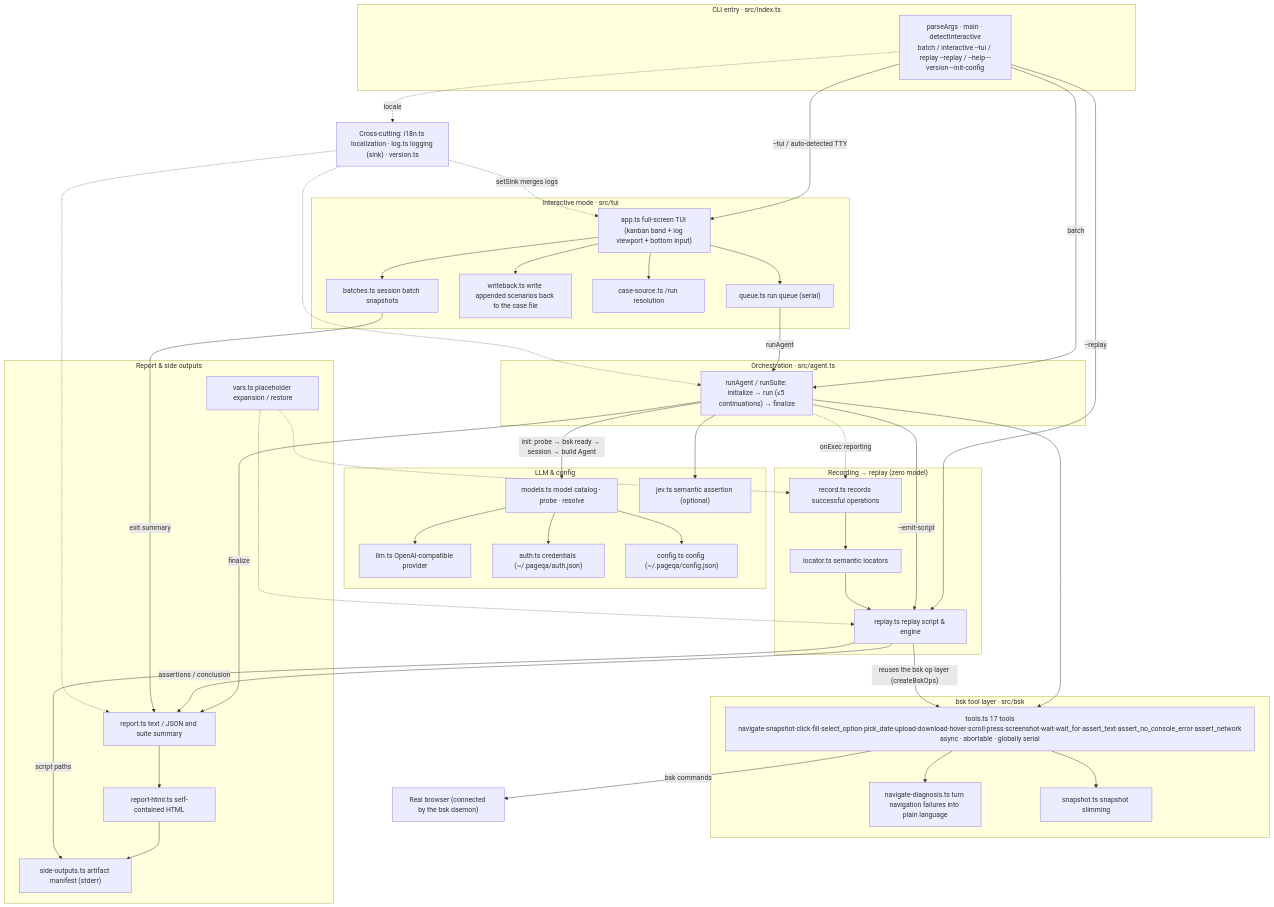
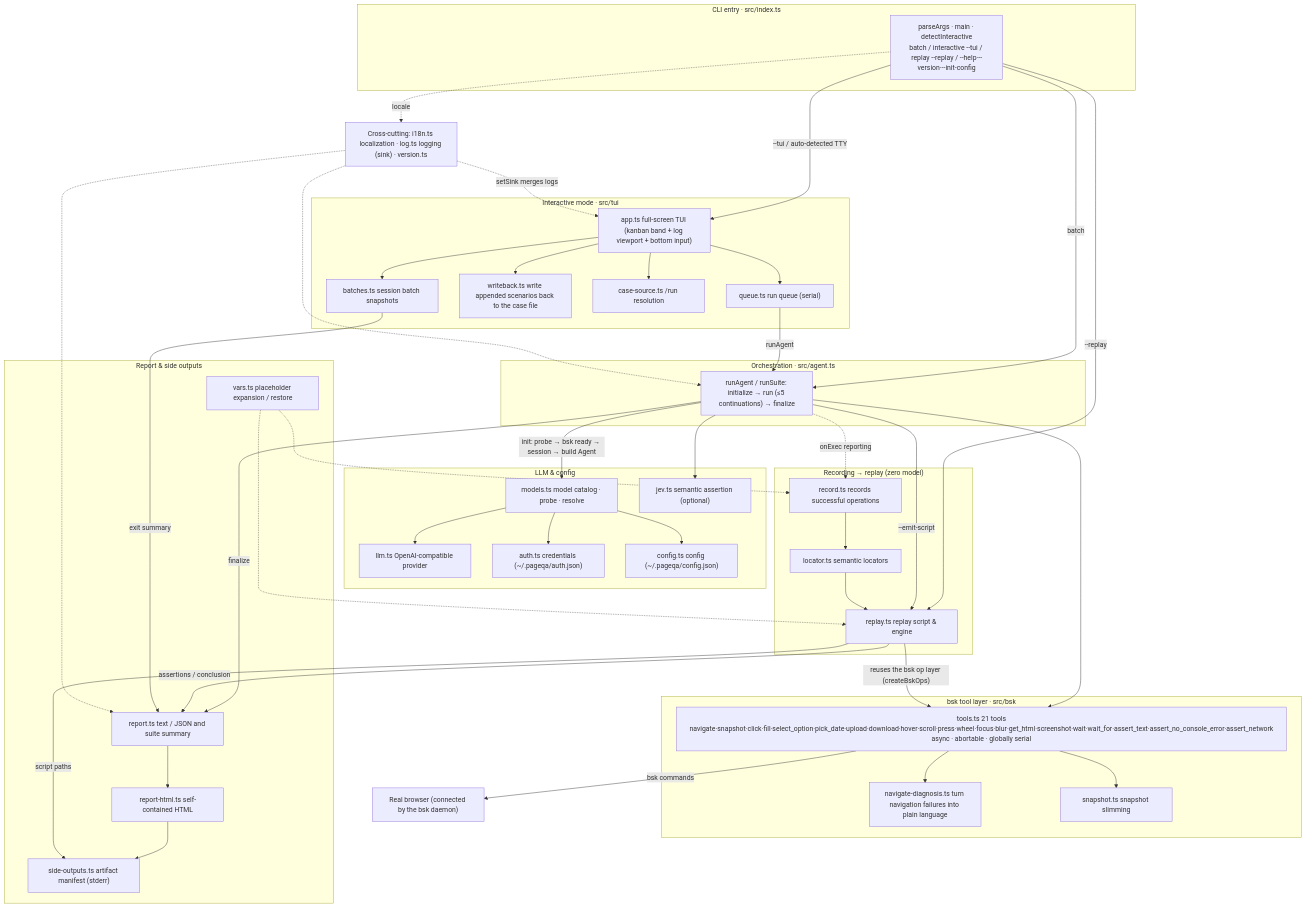
Before and after one commit to klren0312/pageqa: the diagram in README.md, drawn with Mermaid. The commit also changed other lines of this file and 11 other files, not shown here.

First line of the commit message:
feat(bsk): wheel / focus / blur / get_html 与 IPC 快路径扩展

```diff
--- a/README.md
+++ b/README.md
@@ -257,7 +257,7 @@
   end
 
   subgraph BSK["bsk tool layer · src/bsk"]
-    TOOLS["tools.ts 17 tools<br/>navigate·snapshot·click·fill·select_option·pick_date·upload·download·hover·scroll·press·screenshot·wait·wait_for·assert_text·assert_no_console_error·assert_network<br/>async · abortable · globally serial"]
+    TOOLS["tools.ts 21 tools<br/>navigate·snapshot·click·fill·select_option·pick_date·upload·download·hover·scroll·press·wheel·focus·blur·get_html·screenshot·wait·wait_for·assert_text·assert_no_console_error·assert_network<br/>async · abortable · globally serial"]
     DIAG["navigate-diagnosis.ts turn navigation failures into plain language"]
     SNAP["snapshot.ts snapshot slimming"]
   end
```
